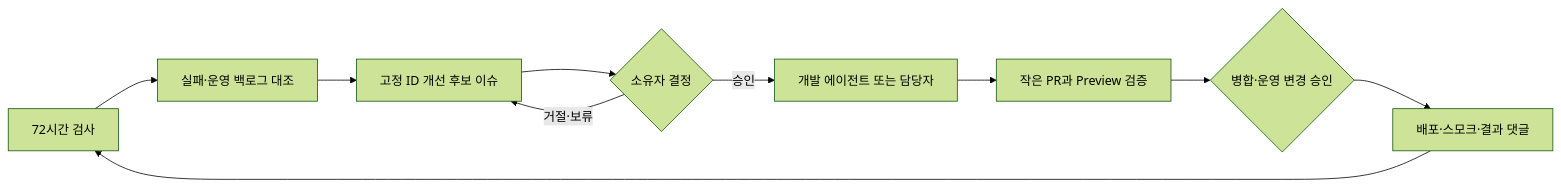
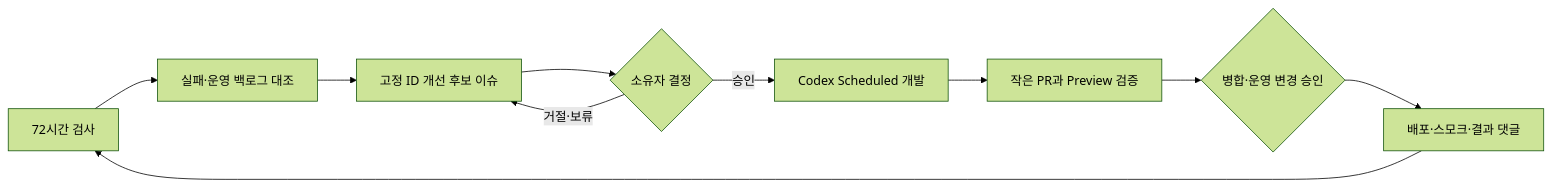
One commit to veronicaJeon/imageptns changed the diagram in docs/maintenance-routine.md. Above: the diagram before and after it, drawn with Mermaid (forest theme). The commit also changed other lines of this file and 9 other files, not shown here.

````diff
--- a/docs/maintenance-routine.md
+++ b/docs/maintenance-routine.md
@@ -31,12 +31,12 @@
 ```mermaid
 flowchart LR
   A["72시간 검사"] --> B["실패·운영 백로그 대조"]
   B --> C["고정 ID 개선 후보 이슈"]
   C --> D{"소유자 결정"}
-  D -->|승인| E["개발 에이전트 또는 담당자"]
+  D -->|승인| E["Codex Scheduled 개발"]
   D -->|거절·보류| C
   E --> F["작은 PR과 Preview 검증"]
   F --> G{"병합·운영 변경 승인"}
   G --> H["배포·스모크·결과 댓글"]
   H --> A
 ```
````
